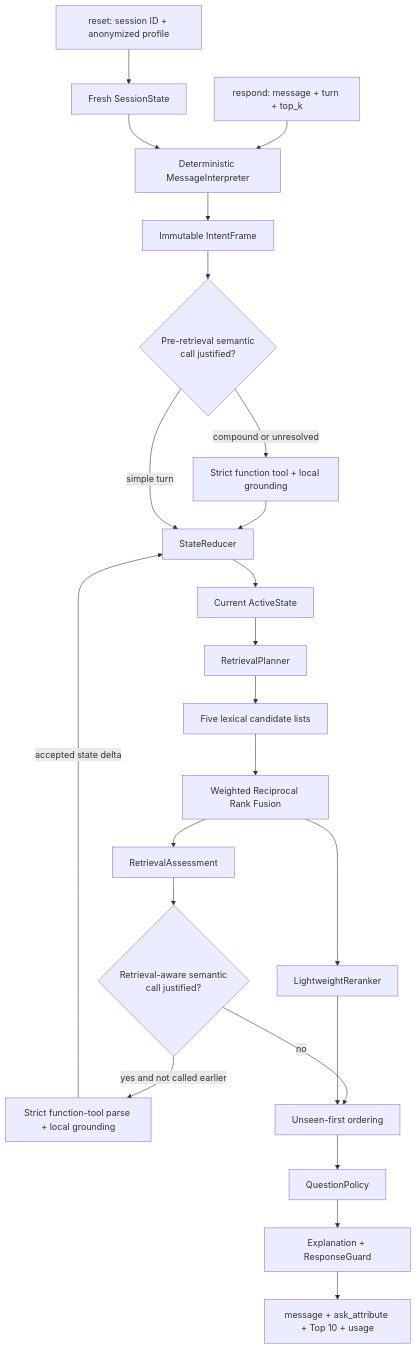
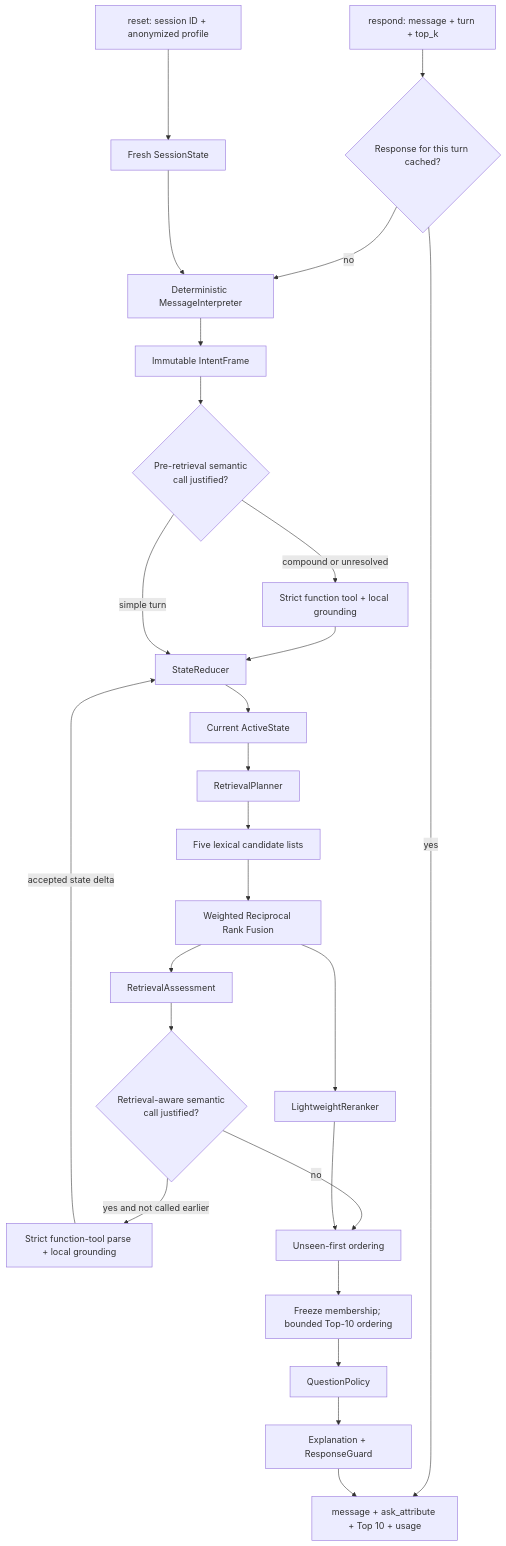
Before and after one commit to ash15khng/tiktok-techjam: the diagram in docs/architecture.md, drawn with Mermaid. The commit also changed other lines of this file and 9 other files, not shown here.

````diff
--- a/docs/architecture.md
+++ b/docs/architecture.md
@@ -72,26 +73,29 @@
 ```mermaid
 flowchart TD
     A[reset: session ID + anonymized profile] --> B[Fresh SessionState]
-    C[respond: message + turn + top_k] --> D[Deterministic MessageInterpreter]
+    C[respond: message + turn + top_k] --> C1{Response for this turn cached?}
+    C1 -- yes --> R
+    C1 -- no --> D[Deterministic MessageInterpreter]
     B --> D
     D --> E[Immutable IntentFrame]
     E --> S{Pre-retrieval semantic<br/>call justified?}
     S -- compound or unresolved --> T[Strict function tool + local grounding]
     T --> F
     S -- simple turn --> F
     F[StateReducer]
     F --> G[Current ActiveState]
     G --> H[RetrievalPlanner]
     H --> I[Five lexical candidate lists]
     I --> J[Weighted Reciprocal Rank Fusion]
     J --> K[RetrievalAssessment]
     J --> L[LightweightReranker]
     K --> M{Retrieval-aware semantic<br/>call justified?}
     M -- yes and not called earlier --> N[Strict function-tool parse + local grounding]
     N -->|accepted state delta| F
     M -- no --> O[Unseen-first ordering]
     L --> O
-    O --> P[QuestionPolicy]
+    O --> O2[Freeze membership; bounded Top-10 ordering]
+    O2 --> P[QuestionPolicy]
     P --> Q[Explanation + ResponseGuard]
     Q --> R[message + ask_attribute + Top 10 + usage]
 ```
````
